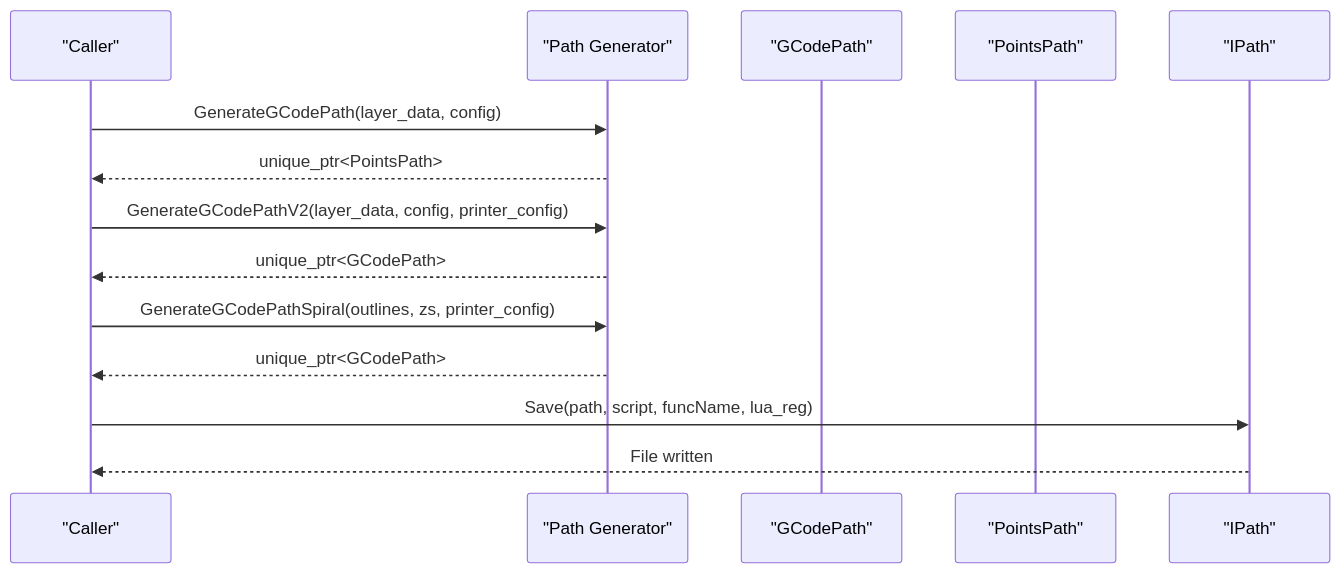
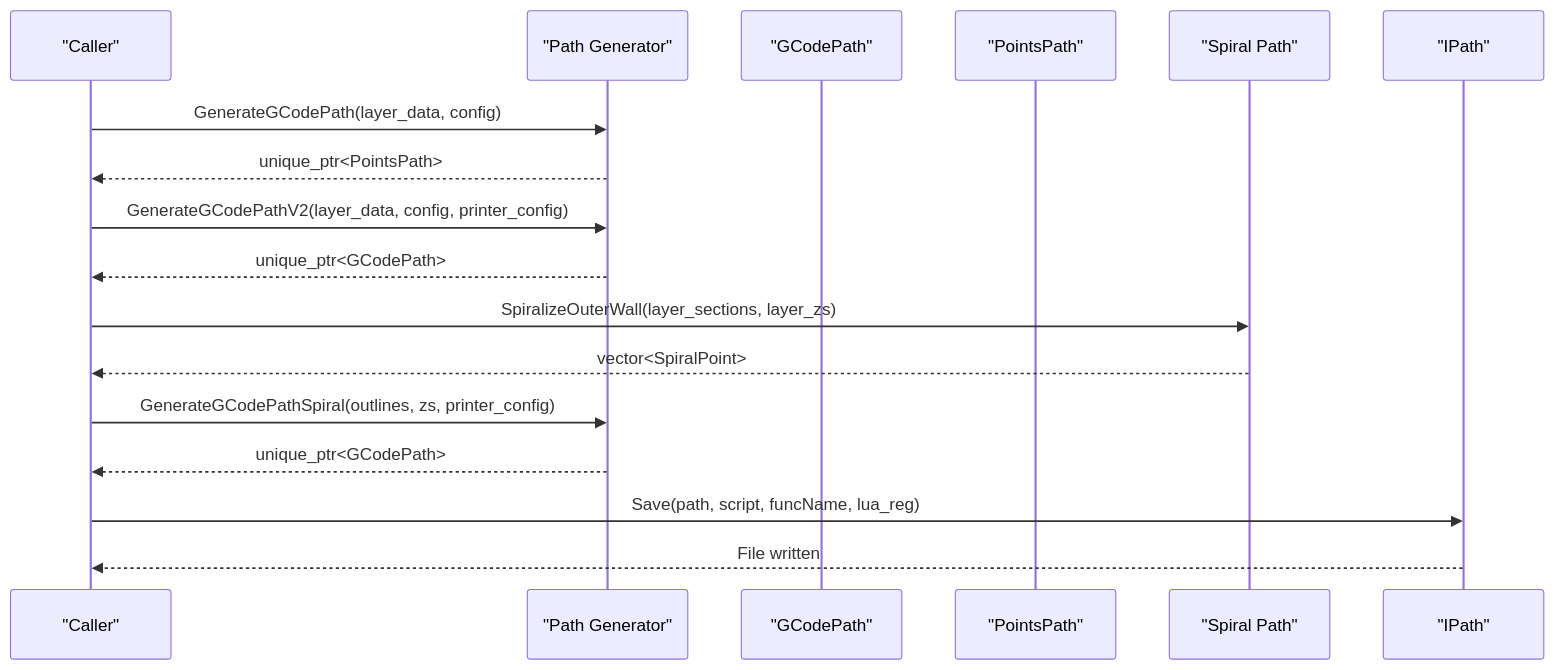
The seventh of 12 diagrams in .qoder/repowiki/en/content/Core Modules/Core Modules.md (hsmbanlance/HsBaSlicer), drawn with Mermaid before and after one commit. The commit also changed other lines of this file and 101 other files, not shown here.

````diff
--- a/.qoder/repowiki/en/content/Core Modules/Core Modules.md
+++ b/.qoder/repowiki/en/content/Core Modules/Core Modules.md
@@ -430,16 +506,19 @@
 ```mermaid
 sequenceDiagram
 participant Caller as "Caller"
 participant Gen as "Path Generator"
 participant GP as "GCodePath"
 participant PP as "PointsPath"
+participant SP as "Spiral Path"
 participant Out as "IPath"
 Caller->>Gen : GenerateGCodePath(layer_data, config)
 Gen-->>Caller : unique_ptr<PointsPath>
 Caller->>Gen : GenerateGCodePathV2(layer_data, config, printer_config)
 Gen-->>Caller : unique_ptr<GCodePath>
+Caller->>SP : SpiralizeOuterWall(layer_sections, layer_zs)
+SP-->>Caller : vector<SpiralPoint>
 Caller->>Gen : GenerateGCodePathSpiral(outlines, zs, printer_config)
 Gen-->>Caller : unique_ptr<GCodePath>
 Caller->>Out : Save(path, script, funcName, lua_reg)
 Out-->>Caller : File written
 ```
````
